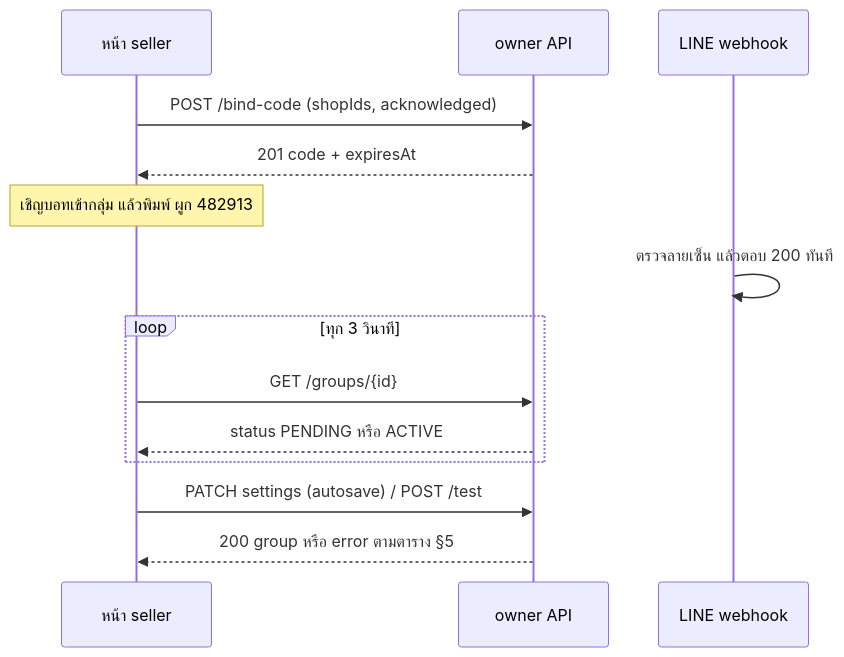
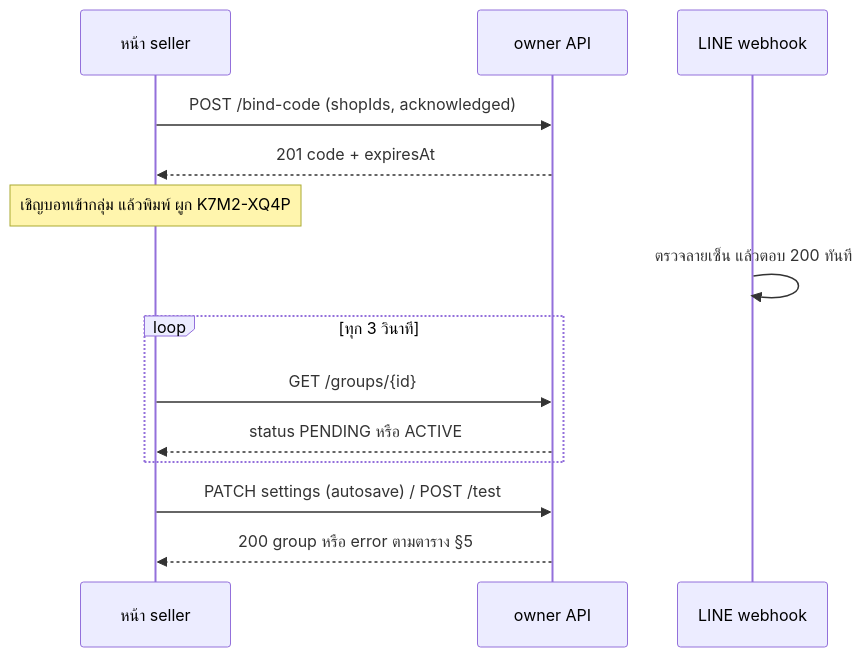
Before and after one commit to CodeCooLTH/deep-web: the diagram in docs/20 - Features/00068 - LINE Group Summary Report/API.md, drawn with Mermaid. The commit also changed other lines of this file and 24 other files, not shown here.

````diff
--- a/docs/20 - Features/00068 - LINE Group Summary Report/API.md
+++ b/docs/20 - Features/00068 - LINE Group Summary Report/API.md
@@ -266,16 +266,16 @@
 ```mermaid
 sequenceDiagram
     participant U as หน้า seller
     participant A as owner API
     participant L as LINE webhook
     U->>A: POST /bind-code (shopIds, acknowledged)
     A-->>U: 201 code + expiresAt
-    Note over U: เชิญบอทเข้ากลุ่ม แล้วพิมพ์ ผูก 482913
+    Note over U: เชิญบอทเข้ากลุ่ม แล้วพิมพ์ ผูก K7M2-XQ4P
     L->>L: ตรวจลายเซ็น แล้วตอบ 200 ทันที
     loop ทุก 3 วินาที
         U->>A: GET /groups/{id}
         A-->>U: status PENDING หรือ ACTIVE
     end
     U->>A: PATCH settings (autosave) / POST /test
     A-->>U: 200 group หรือ error ตามตาราง §5
 ```
````
